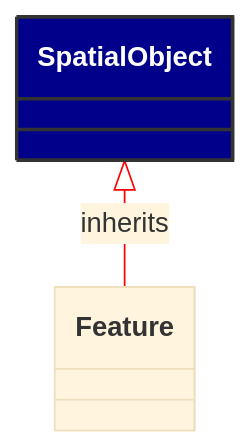
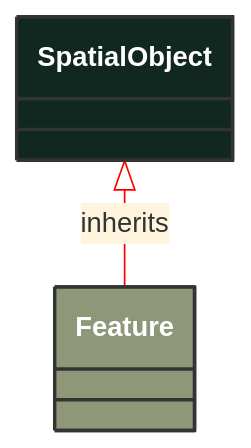
Before and after one commit to 3lbits/NoCIMExtensions: the diagram in docs/Models/Profiles/WattApp/ConcreteClasses/SpatialObject.md, drawn with Mermaid. The commit also changed 190 other files, not shown here.

````diff
--- a/docs/Models/Profiles/WattApp/ConcreteClasses/SpatialObject.md
+++ b/docs/Models/Profiles/WattApp/ConcreteClasses/SpatialObject.md
@@ -8,18 +8,16 @@
 ```mermaid
 %%{init: {'theme':'base','themeVariables': {'lineColor': '#FF0000'}}}%%
 classDiagram
     class SpatialObject
     click SpatialObject href "/Models/Profiles/WattApp/ConcreteClasses/SpatialObject/"
-    style SpatialObject fill:#006400,stroke:#333,stroke-width:2px,rx:10,ry:10,color:white
+    style SpatialObject fill:#102820,stroke:#333,stroke-width:2px,rx:10,ry:10,color:white
 
         SpatialObject <|-- Feature : inherits
-            click SpatialObject href "/Models/Profiles/WattApp/ConcreteClasses/SpatialObject/"
-            style SpatialObject fill:#00008B,stroke:#333,stroke-width:2px,rx:10,ry:10,color:white
 
         Feature
             click Feature href "/Models/Profiles/WattApp/ConcreteClasses/Feature/"
-            style SpatialObject fill:#00008B,stroke:#333,stroke-width:2px,rx:10,ry:10,color:white
+            style Feature fill:#8F9779,stroke:#333,stroke-width:2px,rx:10,ry:10,color:white
 
 
 
 ```
````
